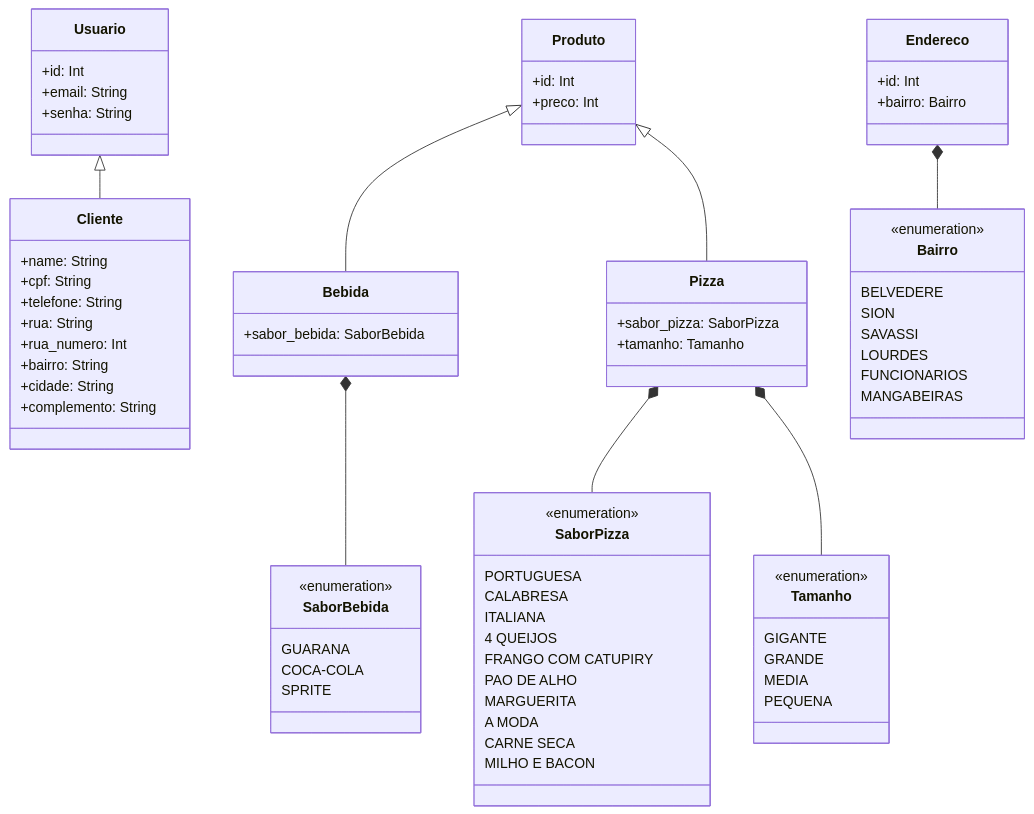
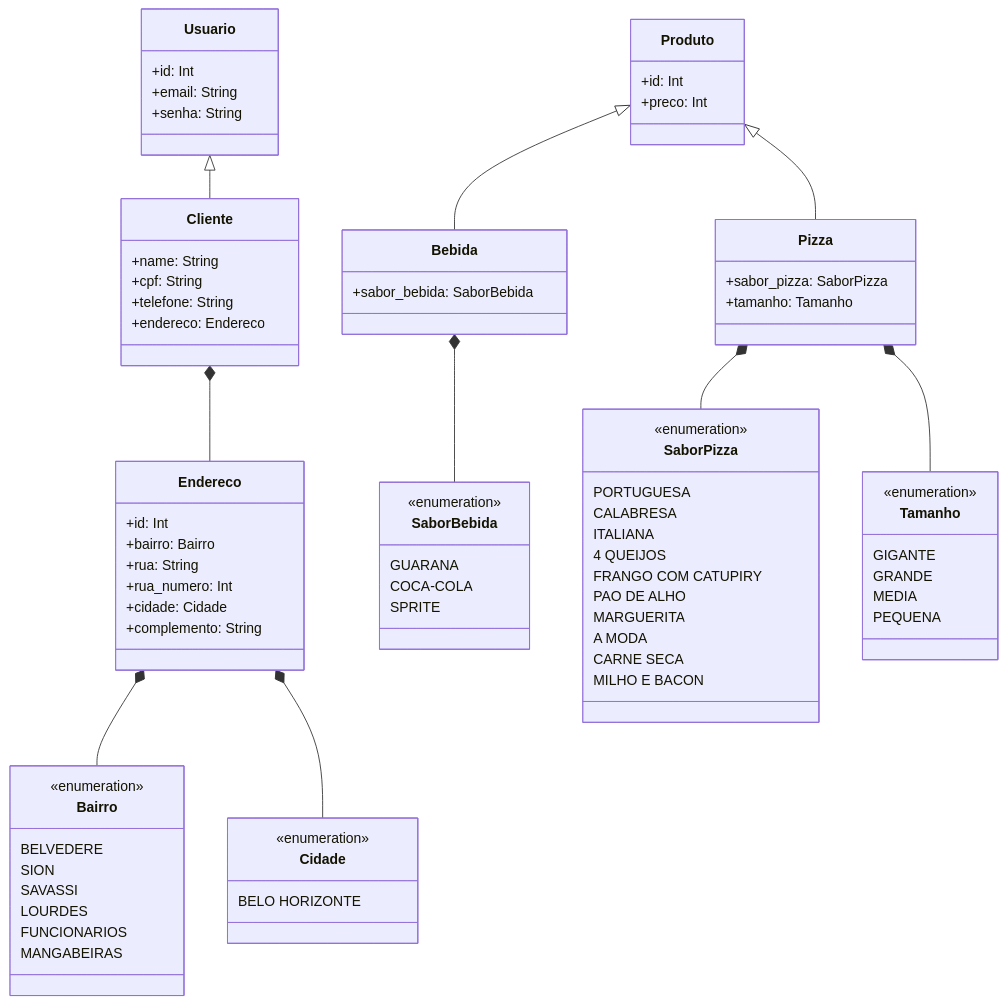
The second of 2 diagrams in README.md (Henrique-coelho/engsoftware-pizzaria-backend), drawn with Mermaid before and after one commit.

Commit message:
Correcting README Class Diagram

````diff
--- a/README.md
+++ b/README.md
@@ -51,78 +51,85 @@
 ```mermaid
 classDiagram
     class Usuario {
         +id: Int
         +email: String
         +senha: String
     }
     class Cliente {
         +name: String
         +cpf: String 
         +telefone: String
+        +endereco: Endereco
+    }
+    class Endereco {
+        +id: Int
+        +bairro: Bairro
         +rua: String
         +rua_numero: Int
-        +bairro: String
-        +cidade: String
+        +cidade: Cidade
         +complemento: String
     }
+    class Cidade {
+        <<enumeration>>
+        BELO HORIZONTE
+    }
+    class Bairro {
+        <<enumeration>>
+        BELVEDERE
+        SION
+        SAVASSI
+        LOURDES
+        FUNCIONARIOS
+        MANGABEIRAS
+    }
+    Endereco *-- Bairro
+    Endereco *-- Cidade
+    Cliente *-- Endereco
     Usuario <|-- Cliente
 
     class Produto {
         +id: Int
         +preco: Int
     }
     class Bebida {
         +sabor_bebida: SaborBebida
     }
     class SaborBebida {
         <<enumeration>>
         GUARANA
         COCA-COLA
         SPRITE
     }
     class Pizza {
         +sabor_pizza: SaborPizza
         +tamanho: Tamanho 
     }
     class SaborPizza {
         <<enumeration>>
         PORTUGUESA
         CALABRESA
         ITALIANA
         4 QUEIJOS
         FRANGO COM CATUPIRY
         PAO DE ALHO
         MARGUERITA
         A MODA
         CARNE SECA
         MILHO E BACON
     }
     class Tamanho {
         <<enumeration>>
         GIGANTE
         GRANDE
         MEDIA
         PEQUENA
     }
     Produto <|-- Bebida
     Bebida *-- SaborBebida
     Produto <|-- Pizza
     Pizza *-- SaborPizza
     Pizza *-- Tamanho
 
-    class Endereco {
-        +id: Int
-        +bairro: Bairro
-    }
-    class Bairro {
-        <<enumeration>>
-        BELVEDERE
-        SION
-        SAVASSI
-        LOURDES
-        FUNCIONARIOS
-        MANGABEIRAS
-    }
-    Endereco *-- Bairro
+    
 
 ```
````
